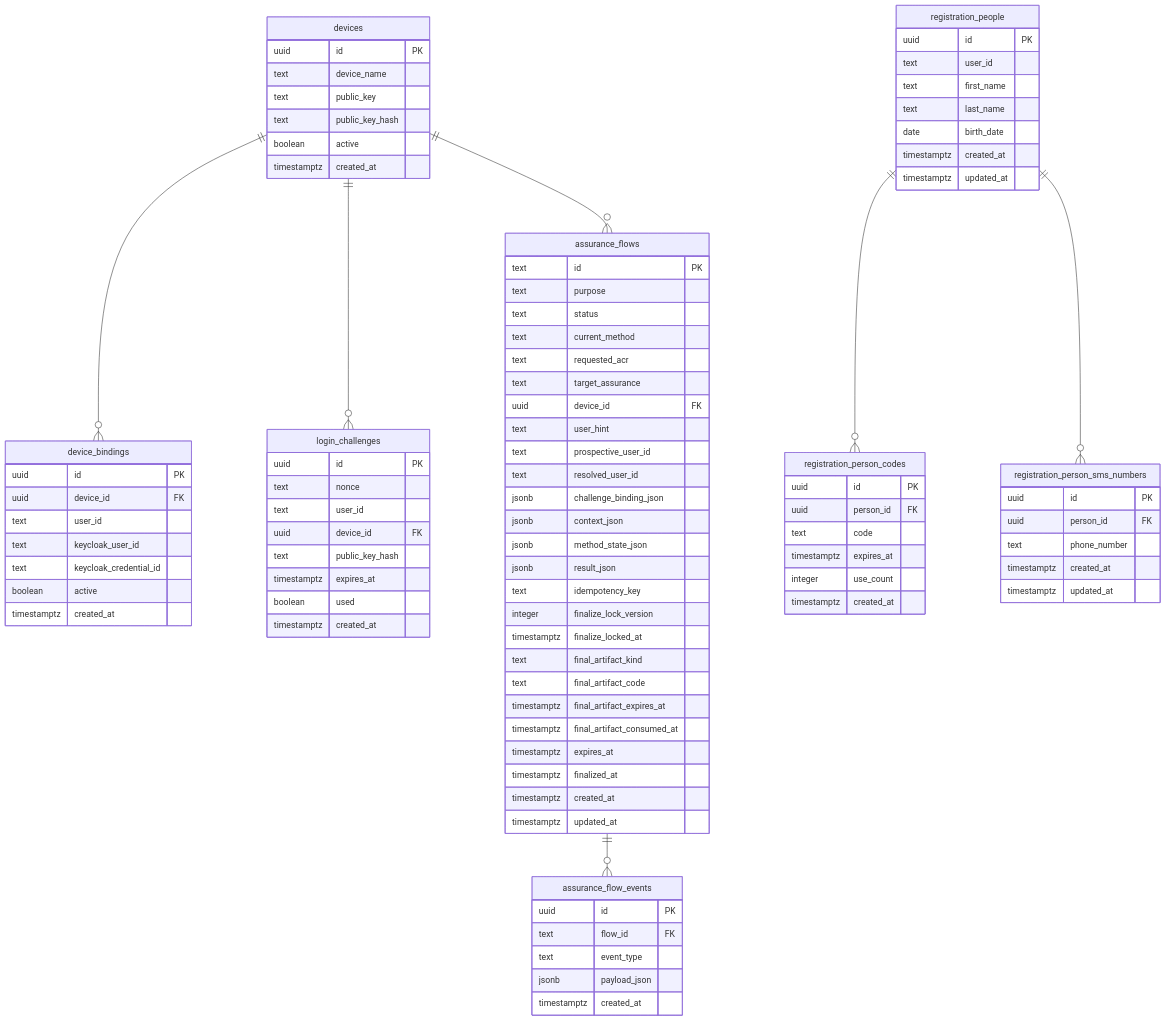
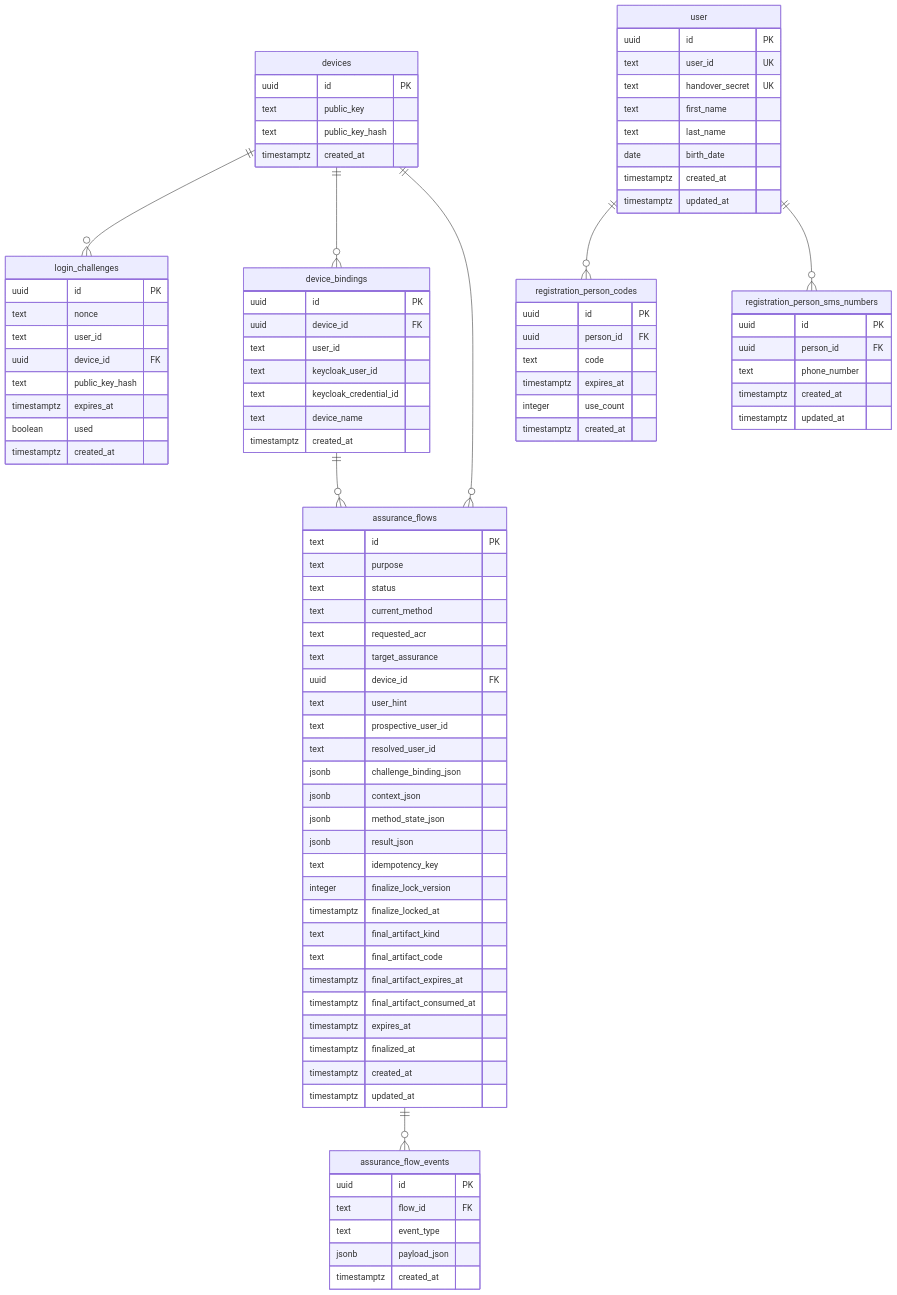
The diagram in docs/diagrams/database/auth-api-schema/diagram.mmd (rpreissel/auth-sandbox-2), drawn with Mermaid before and after one commit. The commit also changed 5 other files, not shown here.

First line of the commit message:
docs: update diagrams for handover-v2 model

```diff
--- a/docs/diagrams/database/auth-api-schema/diagram.mmd
+++ b/docs/diagrams/database/auth-api-schema/diagram.mmd
@@ -1,100 +1,100 @@
 erDiagram
   devices {
     uuid id PK
-    text device_name
     text public_key
     text public_key_hash
-    boolean active
     timestamptz created_at
+  }
+
+  user {
+    uuid id PK
+    text user_id UK
+    text handover_secret UK
+    text first_name
+    text last_name
+    date birth_date
+    timestamptz created_at
+    timestamptz updated_at
   }
 
   device_bindings {
     uuid id PK
     uuid device_id FK
     text user_id
     text keycloak_user_id
     text keycloak_credential_id
-    boolean active
+    text device_name
     timestamptz created_at
   }
 
   login_challenges {
     uuid id PK
     text nonce
     text user_id
     uuid device_id FK
     text public_key_hash
     timestamptz expires_at
     boolean used
     timestamptz created_at
   }
 
   assurance_flows {
     text id PK
     text purpose
     text status
     text current_method
     text requested_acr
     text target_assurance
     uuid device_id FK
     text user_hint
     text prospective_user_id
     text resolved_user_id
     jsonb challenge_binding_json
     jsonb context_json
     jsonb method_state_json
     jsonb result_json
     text idempotency_key
     integer finalize_lock_version
     timestamptz finalize_locked_at
     text final_artifact_kind
     text final_artifact_code
     timestamptz final_artifact_expires_at
     timestamptz final_artifact_consumed_at
     timestamptz expires_at
     timestamptz finalized_at
     timestamptz created_at
     timestamptz updated_at
   }
 
   assurance_flow_events {
     uuid id PK
     text flow_id FK
     text event_type
     jsonb payload_json
     timestamptz created_at
   }
 
-  registration_people {
-    uuid id PK
-    text user_id
-    text first_name
-    text last_name
-    date birth_date
-    timestamptz created_at
-    timestamptz updated_at
-  }
-
   registration_person_codes {
     uuid id PK
     uuid person_id FK
     text code
     timestamptz expires_at
     integer use_count
     timestamptz created_at
   }
 
   registration_person_sms_numbers {
     uuid id PK
     uuid person_id FK
     text phone_number
     timestamptz created_at
     timestamptz updated_at
   }
 
+  user ||--o{ registration_person_codes : ""
+  user ||--o{ registration_person_sms_numbers : ""
   devices ||--o{ login_challenges : ""
   devices ||--o{ device_bindings : ""
   devices ||--o{ assurance_flows : ""
+  device_bindings ||--o{ assurance_flows : ""
   assurance_flows ||--o{ assurance_flow_events : ""
-  registration_people ||--o{ registration_person_codes : ""
-  registration_people ||--o{ registration_person_sms_numbers : ""
```
